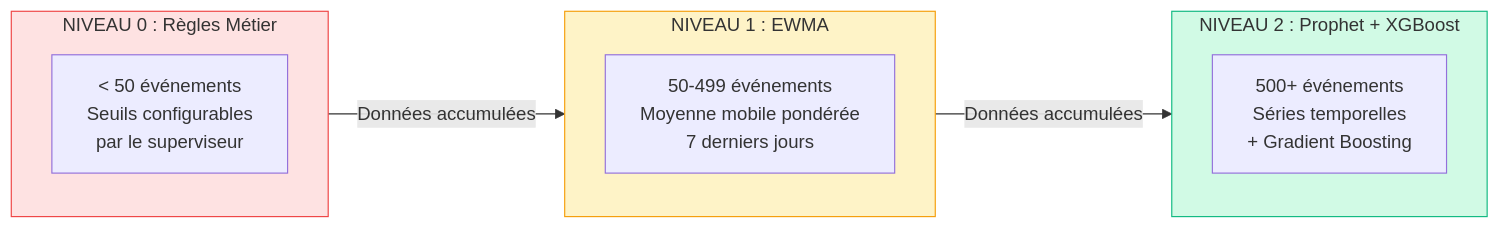
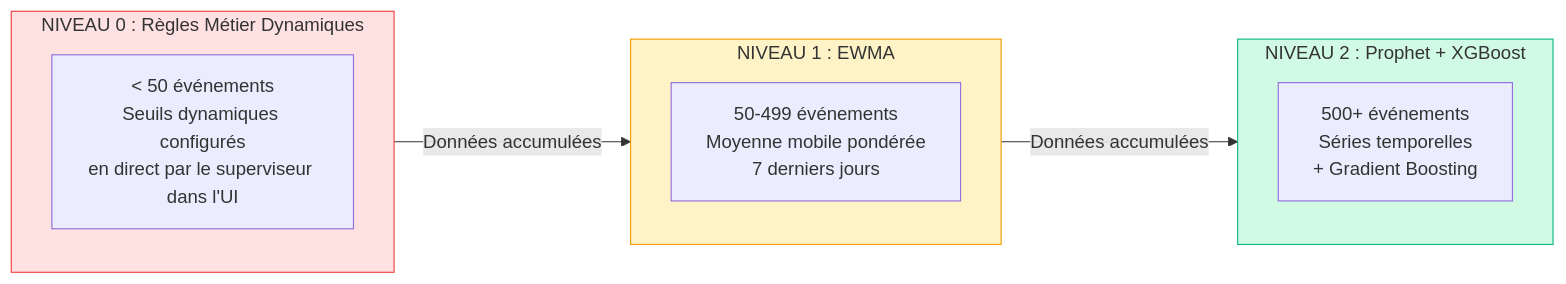
The third of 4 diagrams in README.md (samya818/smart-plant-truck-tracker), drawn with Mermaid before and after one commit. The commit also changed other lines of this file and 14 other files, not shown here.

````diff
--- a/README.md
+++ b/README.md
@@ -225,27 +225,27 @@
 ```mermaid
 graph LR
-    subgraph N0["NIVEAU 0 : Règles Métier"]
+    subgraph N0["NIVEAU 0 : Règles Métier Dynamiques"]
         R0["< 50 événements
-Seuils configurables
-par le superviseur"]
+Seuils dynamiques configurés
+en direct par le superviseur dans l'UI"]
     end
 
     subgraph N1["NIVEAU 1 : EWMA"]
         R1["50-499 événements
 Moyenne mobile pondérée
 7 derniers jours"]
     end
 
     subgraph N2["NIVEAU 2 : Prophet + XGBoost"]
         R2["500+ événements
 Séries temporelles
 + Gradient Boosting"]
     end
 
     N0 -->|"Données accumulées"| N1
     N1 -->|"Données accumulées"| N2
 
     style N0 fill:#FEE2E2,stroke:#EF4444
     style N1 fill:#FEF3C7,stroke:#F59E0B
     style N2 fill:#D1FAE5,stroke:#10B981
 ```
````
